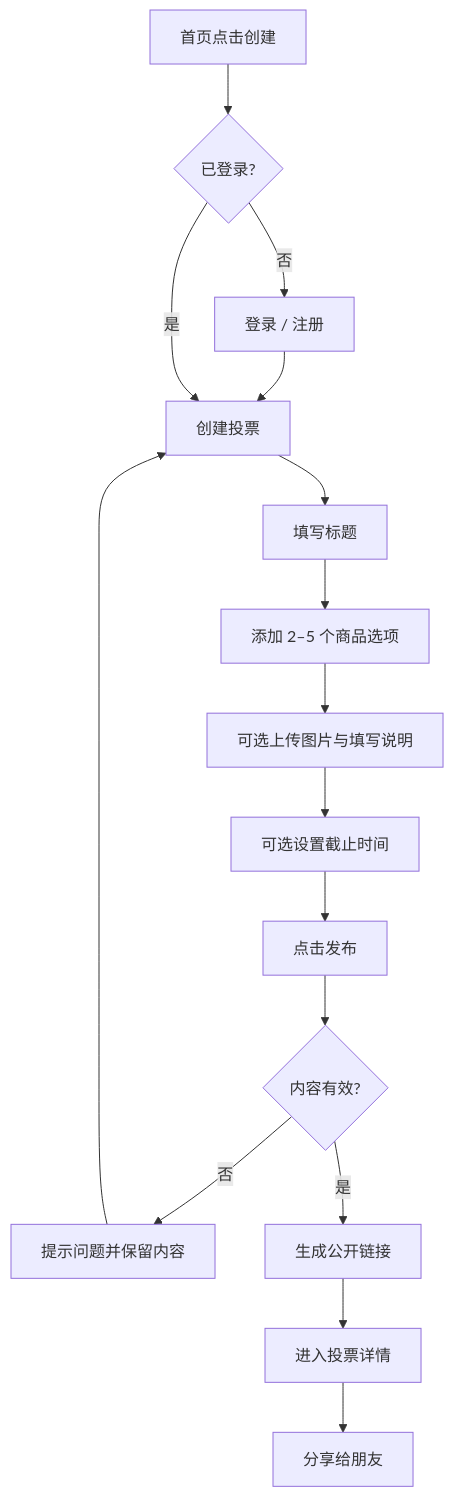
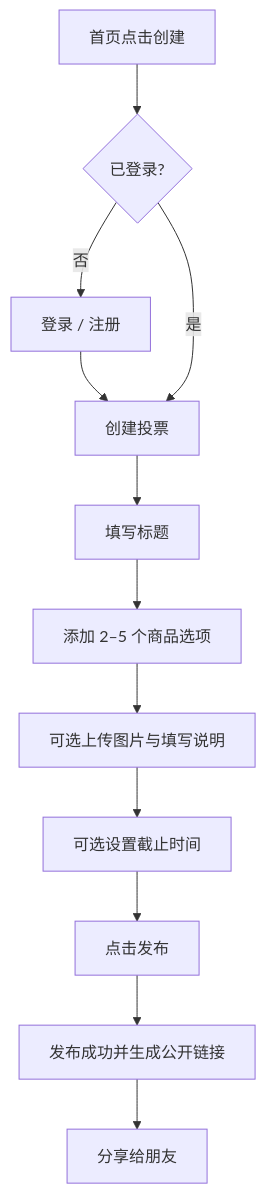
Before and after one commit to sd5913/The-Aliien-Repo: the second of 7 diagrams in docs/UserFlow.md, drawn with Mermaid. The commit also changed other lines of this file and 2 other files, not shown here.

Commit message:
feat: update User Flow documentation to include soft login process and add English version

````diff
--- a/docs/UserFlow.md
+++ b/docs/UserFlow.md
@@ -39,20 +49,16 @@
 ```mermaid
 flowchart TD
     A[首页点击创建] --> B{已登录?}
     B -->|否| C[登录 / 注册]
     C --> D[创建投票]
     B -->|是| D
 
     D --> E[填写标题]
     E --> F[添加 2–5 个商品选项]
     F --> G[可选上传图片与填写说明]
     G --> H[可选设置截止时间]
     H --> I[点击发布]
 
-    I --> J{内容有效?}
-    J -->|否| K[提示问题并保留内容]
-    K --> D
-    J -->|是| L[生成公开链接]
-    L --> M[进入投票详情]
-    M --> N[分享给朋友]
+    I --> L[发布成功并生成公开链接]
+    L --> N[分享给朋友]
 ```
````
